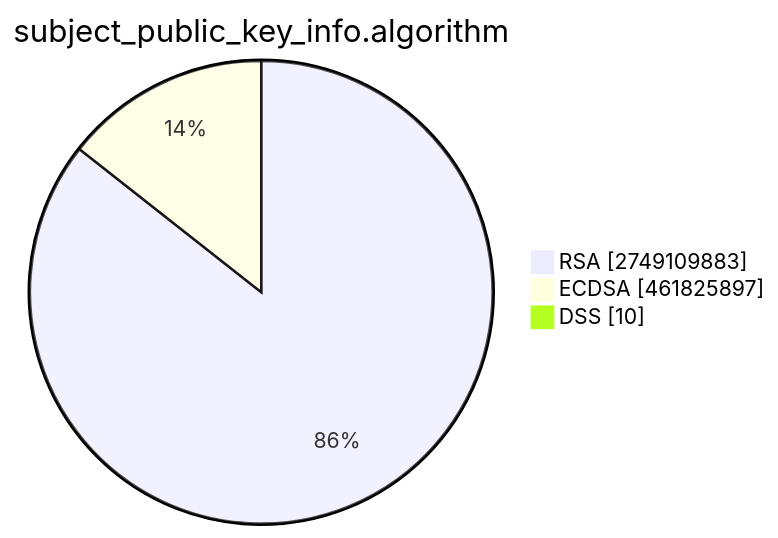
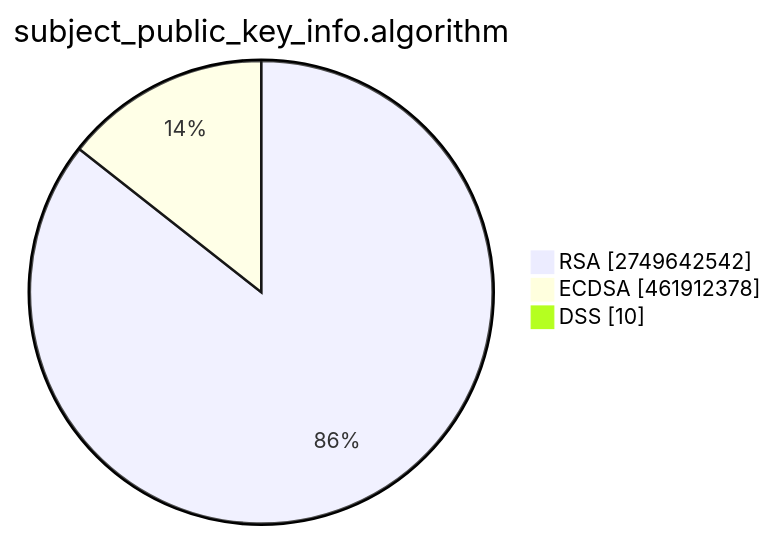
One commit to christiankrug/ctmonitor_visualization changed the second of 15 diagrams in TOTAL/README.md. Above: the diagram before and after it, drawn with Mermaid. The commit also changed other lines of this file, not shown here.

````diff
--- a/TOTAL/README.md
+++ b/TOTAL/README.md
@@ -6,7 +6,7 @@
 ```mermaid
 pie showData
 title subject_public_key_info.algorithm
-"RSA" :2749109883
-"ECDSA" :461825897
+"RSA" :2749642542
+"ECDSA" :461912378
 "DSS" :10
 ```
````
